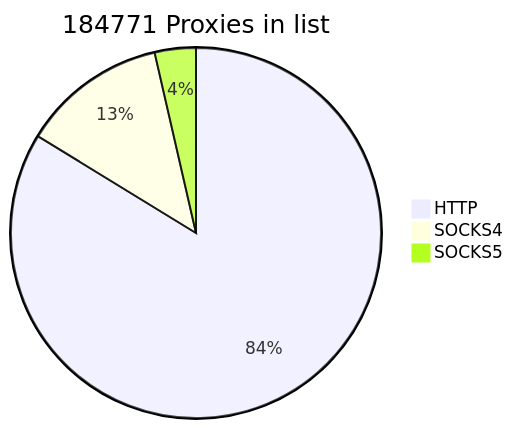
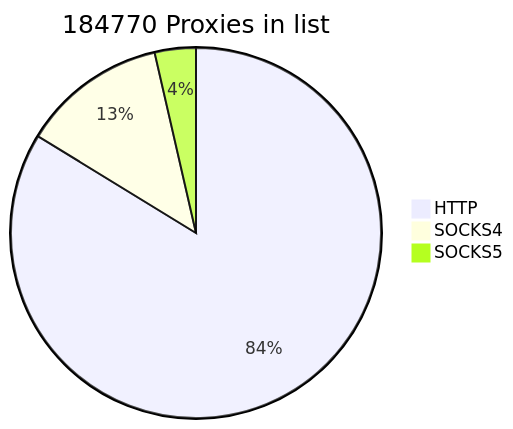
The first of 2 diagrams in README.md (cutipu/proxylist), drawn with Mermaid before and after one commit. The commit also changed other lines of this file, not shown here.

````diff
--- a/README.md
+++ b/README.md
@@ -2,7 +2,7 @@
 ```mermaid
-pie title 184771 Proxies in list
-    "HTTP" : 154743
+pie title 184770 Proxies in list
+    "HTTP" : 154742
     "SOCKS4" : 23396
     "SOCKS5" : 6632
             
 ```
````
